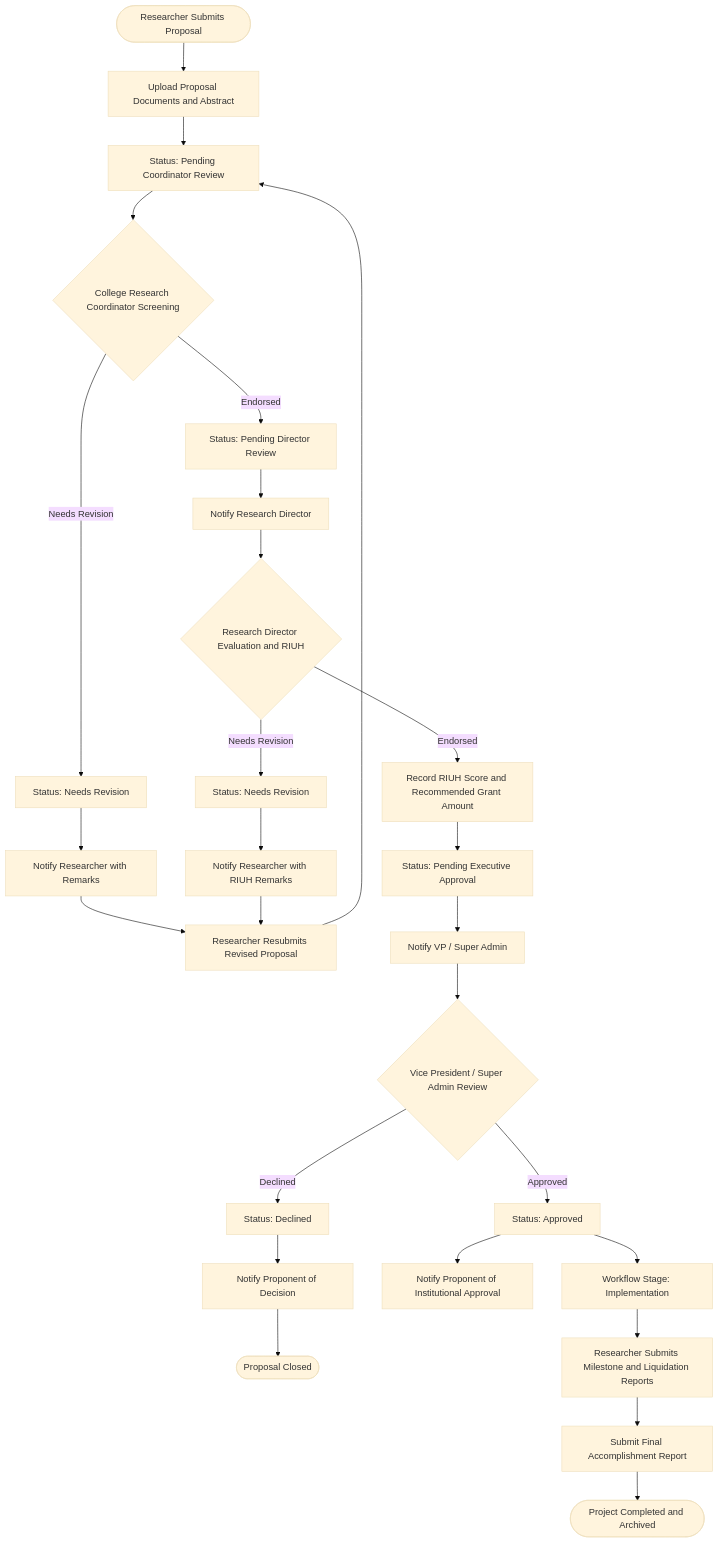
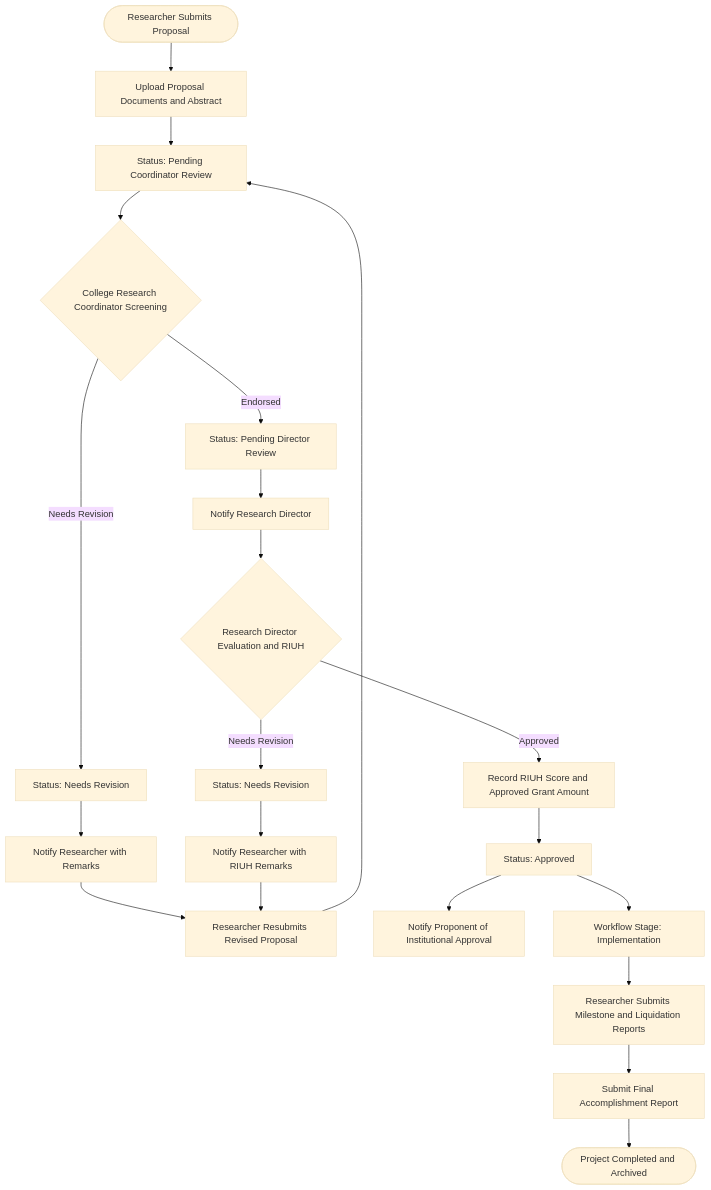
Before and after one commit to superdabs37-creator/ovpre: the sixth of 9 diagrams in SYSTEM_DIAGRAMS.md, drawn with Mermaid (base theme). The commit also changed other lines of this file and 13 other files, not shown here.

Commit message:
Remove Pending Executive Approval stage and allow Director evaluation to directly approve proposals

````diff
--- a/SYSTEM_DIAGRAMS.md
+++ b/SYSTEM_DIAGRAMS.md
@@ -287,44 +282,34 @@
 ```mermaid
 flowchart TD
     %% Proposal Submission
     Start([Researcher Submits Proposal]) --> UploadDoc["Upload Proposal Documents and Abstract"]
     UploadDoc --> Stage1["Status: Pending Coordinator Review"]
     
     %% Stage 1: Coordinator
     Stage1 --> CoordReview{"College Research Coordinator Screening"}
     
     CoordReview -->|Needs Revision| CoordRevise["Status: Needs Revision"]
     CoordRevise --> NoticeRes1["Notify Researcher with Remarks"]
     NoticeRes1 --> ResubmitRes["Researcher Resubmits Revised Proposal"]
     ResubmitRes --> Stage1
 
     CoordReview -->|Endorsed| Stage2["Status: Pending Director Review"]
     Stage2 --> NoticeDir["Notify Research Director"]
 
     %% Stage 2: Director Evaluation
     NoticeDir --> DirectorEval{"Research Director Evaluation and RIUH"}
     
     DirectorEval -->|Needs Revision| DirRevise["Status: Needs Revision"]
     DirRevise --> NoticeRes2["Notify Researcher with RIUH Remarks"]
     NoticeRes2 --> ResubmitRes
 
-    DirectorEval -->|Endorsed| SetRIUH["Record RIUH Score and Recommended Grant Amount"]
-    SetRIUH --> Stage3["Status: Pending Executive Approval"]
-    Stage3 --> NoticeExec["Notify VP / Super Admin"]
-
-    %% Stage 3: Executive Approval
-    NoticeExec --> ExecDecision{"Vice President / Super Admin Review"}
-    
-    ExecDecision -->|Declined| DeclinedState["Status: Declined"]
-    DeclinedState --> NoticeDeclined["Notify Proponent of Decision"]
-    NoticeDeclined --> EndDeclined([Proposal Closed])
-
-    ExecDecision -->|Approved| ApprovedState["Status: Approved"]
+    DirectorEval -->|Approved| SetRIUH["Record RIUH Score and Approved Grant Amount"]
+    SetRIUH --> ApprovedState["Status: Approved"]
     ApprovedState --> NoticeApproved["Notify Proponent of Institutional Approval"]
     
     %% Post Approval Workflow
     ApprovedState --> ImplementationPhase["Workflow Stage: Implementation"]
     ImplementationPhase --> ProgressReports["Researcher Submits Milestone and Liquidation Reports"]
     ProgressReports --> CompletionReport["Submit Final Accomplishment Report"]
     CompletionReport --> ProjectArchived([Project Completed and Archived])
 ```
````
